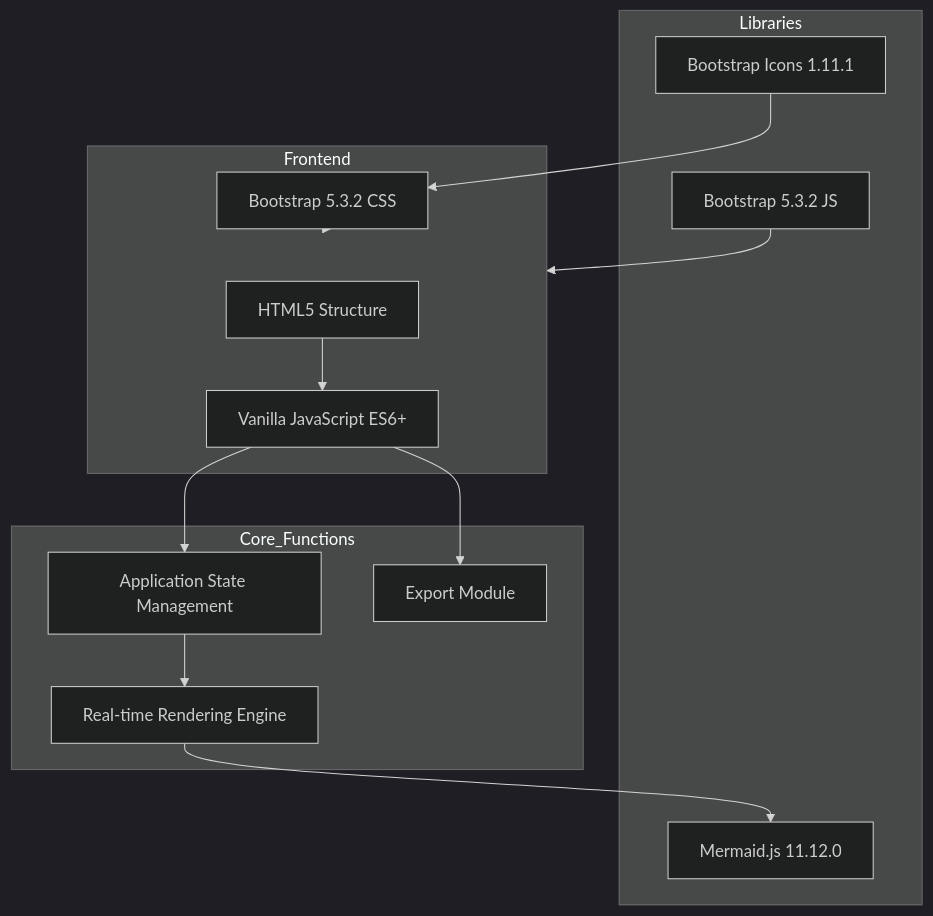
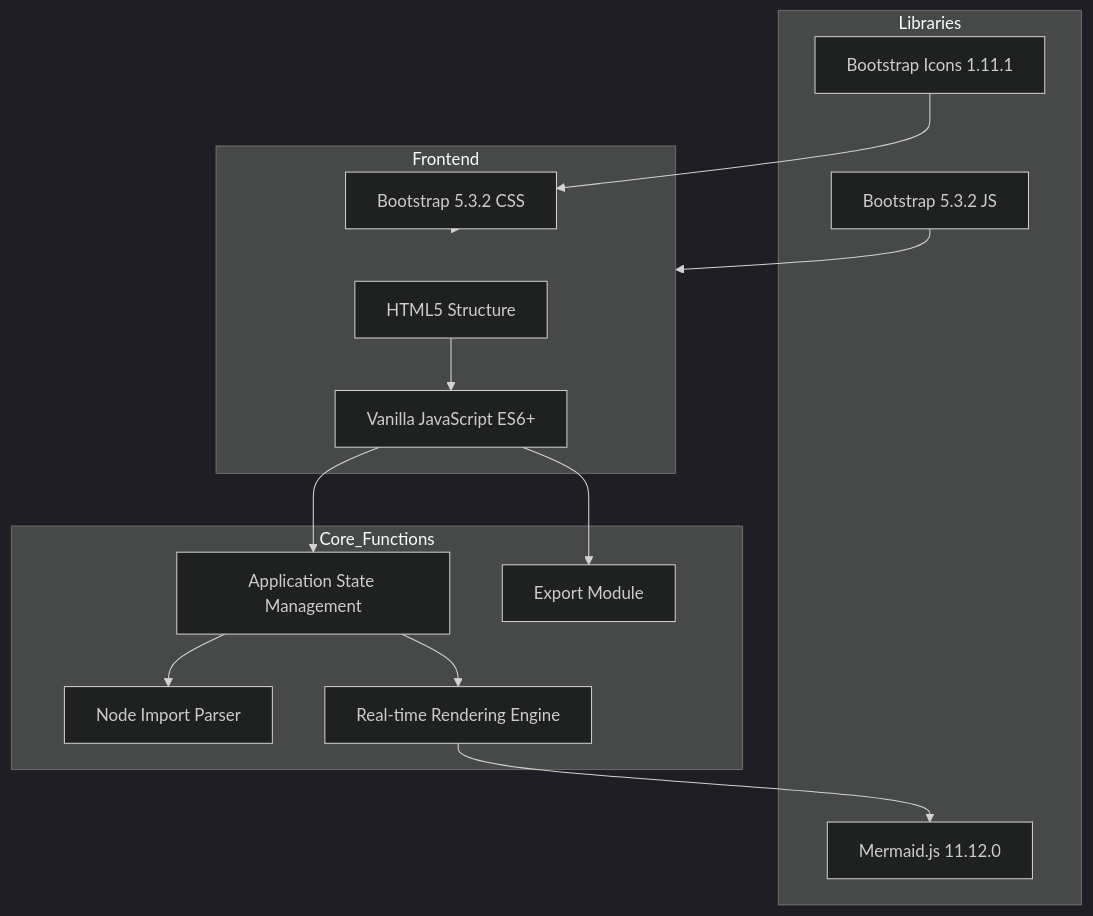
Before and after one commit to xsukax/xsukax-Flowchart-Maker: diagram 11 of 15 in README.md, drawn with Mermaid (dark theme). The commit also changed other lines of this file, not shown here.

````diff
--- a/README.md
+++ b/README.md
@@ -338,29 +422,31 @@
 ```mermaid
 flowchart TB
     subgraph Frontend
         HTML[HTML5 Structure]
         CSS[Bootstrap 5.3.2 CSS]
         JS[Vanilla JavaScript ES6+]
     end
     
     subgraph Libraries
         Mermaid[Mermaid.js 11.12.0]
         BootstrapJS[Bootstrap 5.3.2 JS]
         Icons[Bootstrap Icons 1.11.1]
     end
     
     subgraph Core_Functions
         State[Application State Management]
+        Import[Node Import Parser]
         Render[Real-time Rendering Engine]
         Export[Export Module]
     end
     
     HTML --> JS
     CSS --> Frontend
     JS --> State
+    State --> Import
     State --> Render
     Render --> Mermaid
     JS --> Export
     BootstrapJS --> Frontend
     Icons --> CSS
 ```
````
